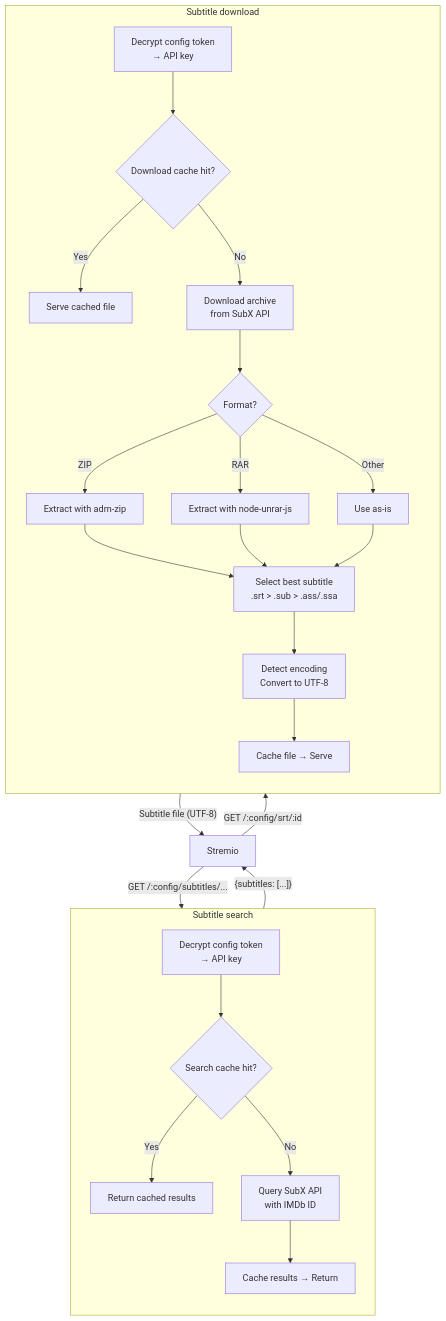
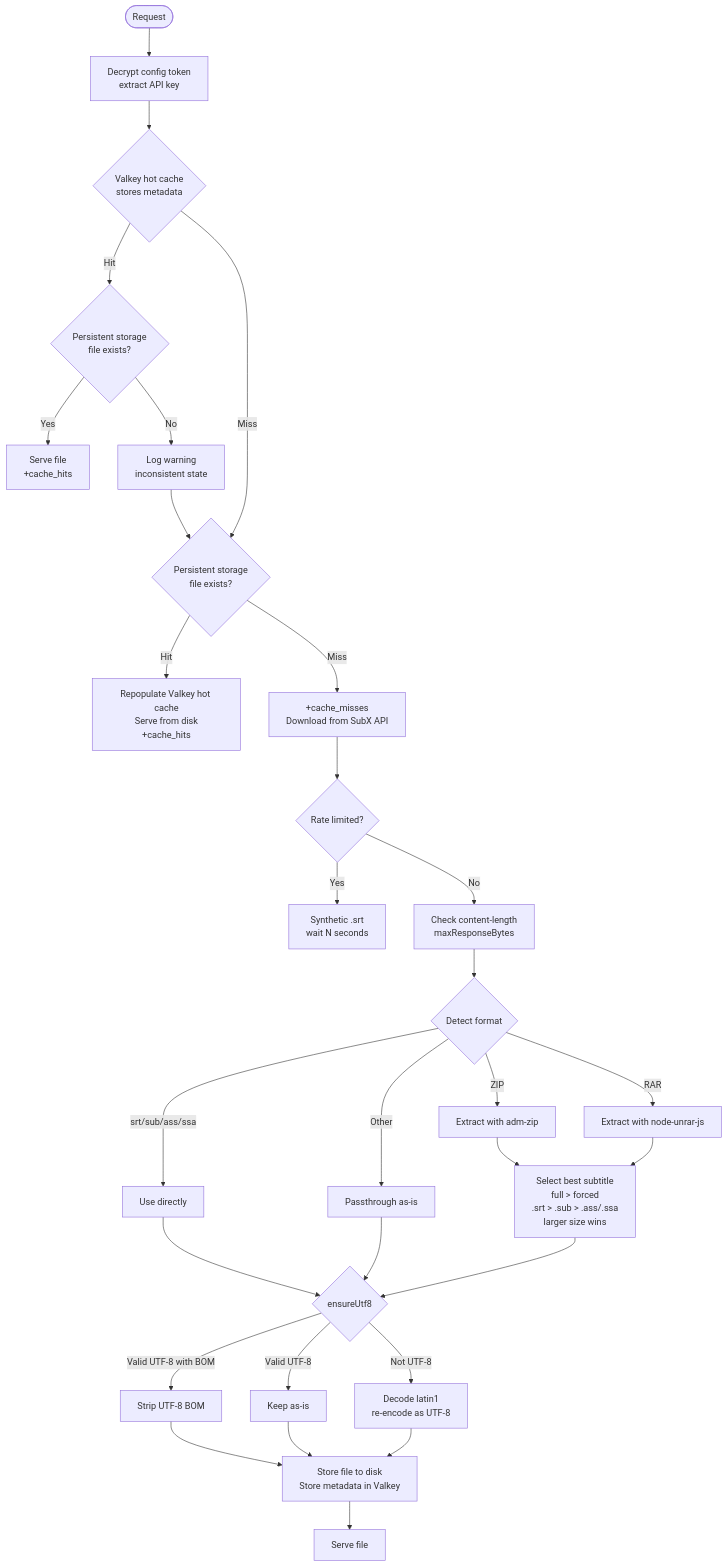
The third of 3 diagrams in README.md (EZE404/submodx), drawn with Mermaid before and after one commit. The commit also changed other lines of this file and 1 other file, not shown here.

````diff
--- a/README.md
+++ b/README.md
@@ -80,32 +130,44 @@
 ```mermaid
 flowchart TB
-  S[Stremio] -->|"GET /:config/subtitles/..."| SR[Search route]
-  S -->|"GET /:config/srt/:id"| DR[Download route]
+  START([Request]) --> DECRYPT[Decrypt config token<br>extract API key]
 
-  subgraph SR [Subtitle search]
-    direction TB
-    D1[Decrypt config token<br>→ API key] --> D2{Search cache hit?}
-    D2 -->|Yes| D3[Return cached results]
-    D2 -->|No| D4[Query SubX API<br>with IMDb ID]
-    D4 --> D5[Cache results → Return]
-  end
+  DECRYPT --> HOT{Valkey hot cache<br>stores metadata}
+  HOT -- Hit --> DISK{Persistent storage<br>file exists?}
+  DISK -- Yes --> SERVE_HOT[Serve file<br>+cache_hits]
+  DISK -- No --> WARN[Log warning<br>inconsistent state]
 
-  subgraph DR [Subtitle download]
-    direction TB
-    E1[Decrypt config token<br>→ API key] --> E2{Download cache hit?}
-    E2 -->|Yes| E3[Serve cached file]
-    E2 -->|No| E4[Download archive<br>from SubX API]
-    E4 --> E5{Format?}
-    E5 -->|ZIP| E6[Extract with adm-zip]
-    E5 -->|RAR| E7[Extract with node-unrar-js]
-    E5 -->|Other| E8[Use as-is]
-    E6 --> E9[Select best subtitle<br>.srt > .sub > .ass/.ssa]
-    E7 --> E9
-    E8 --> E9
-    E9 --> E10[Detect encoding<br>Convert to UTF-8]
-    E10 --> E11[Cache file → Serve]
-  end
+  WARN --> DISK2
+  HOT -- Miss --> DISK2{Persistent storage<br>file exists?}
 
-  SR -->|"{subtitles: [...]}"| S
-  DR -->|"Subtitle file (UTF-8)"| S
+  DISK2 -- Hit --> REPOP[Repopulate Valkey hot cache<br>Serve from disk<br>+cache_hits]
+
+  DISK2 -- Miss --> DOWNLOAD[+cache_misses<br>Download from SubX API]
+
+  DOWNLOAD --> RATE{Rate limited?}
+  RATE -- Yes --> SYN[Synthetic .srt<br>wait N seconds]
+
+  RATE -- No --> CHECK[Check content-length<br>maxResponseBytes]
+
+  CHECK --> DETECT{Detect format}
+  DETECT -- ZIP --> ZIP_EX[Extract with adm-zip]
+  DETECT -- RAR --> RAR_EX[Extract with node-unrar-js]
+  DETECT -- "srt/sub/ass/ssa" --> DIRECT[Use directly]
+  DETECT -- Other --> PASSTHROUGH[Passthrough as-is]
+
+  ZIP_EX --> SELECT[Select best subtitle<br>full > forced<br>.srt > .sub > .ass/.ssa<br>larger size wins]
+  RAR_EX --> SELECT
+  DIRECT --> ENCODE
+  PASSTHROUGH --> ENCODE
+
+  SELECT --> ENCODE{ensureUtf8}
+
+  ENCODE -- "Valid UTF-8 with BOM" --> BOM[Strip UTF-8 BOM]
+  ENCODE -- "Valid UTF-8" --> KEEP[Keep as-is]
+  ENCODE -- "Not UTF-8" --> LATIN1[Decode latin1<br>re-encode as UTF-8]
+
+  BOM --> STORE_BOTH[Store file to disk<br>Store metadata in Valkey]
+  KEEP --> STORE_BOTH
+  LATIN1 --> STORE_BOTH
+
+  STORE_BOTH --> SERVE[Serve file]
 ```
````
